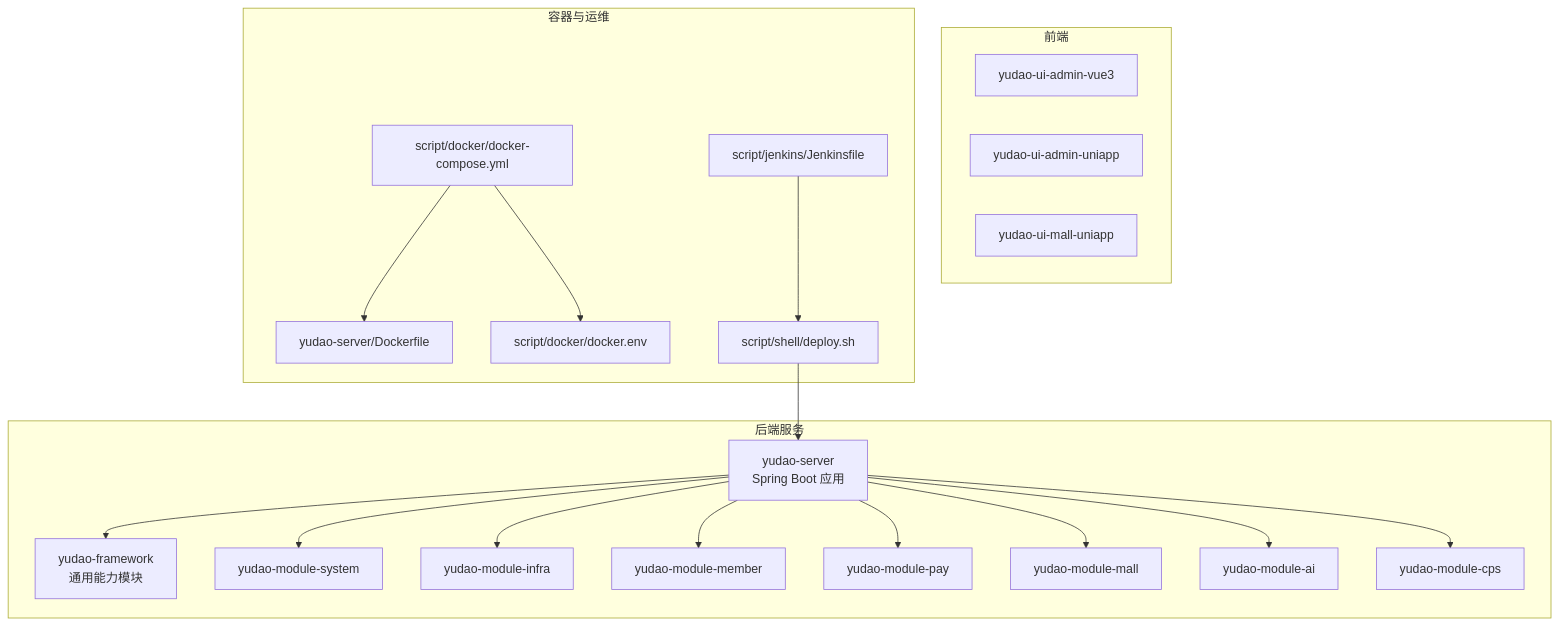
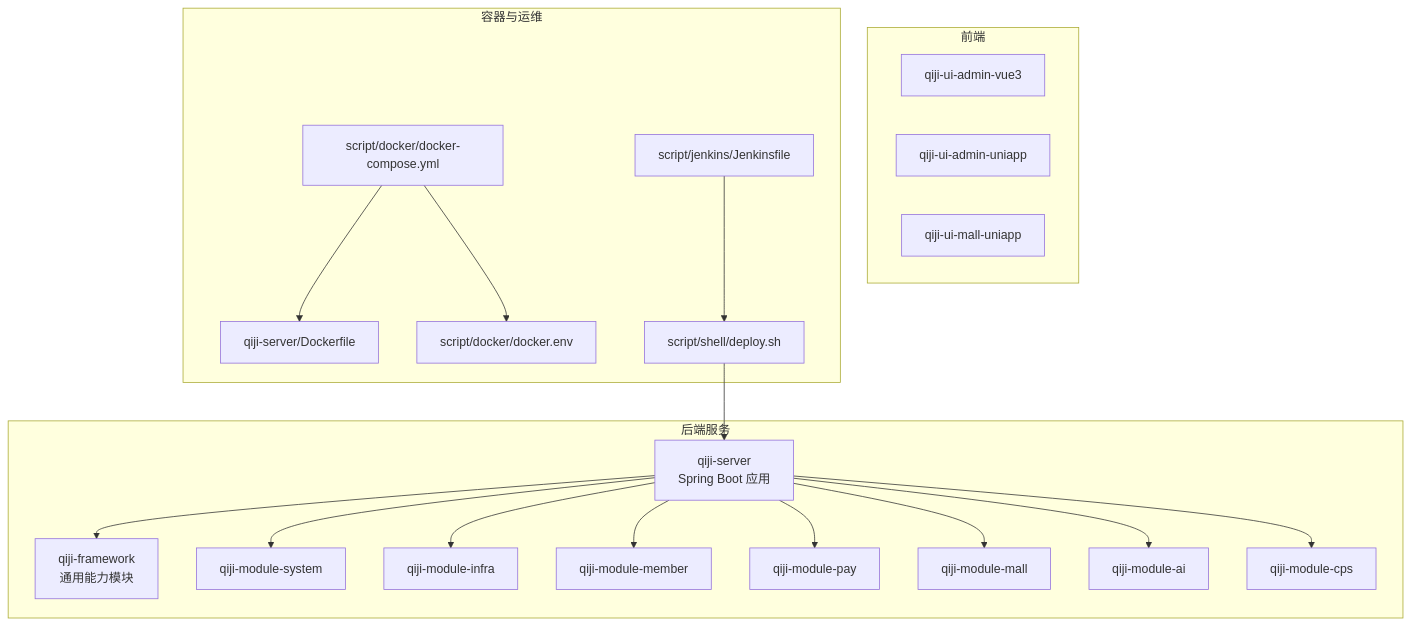
Before and after one commit to zhuangpengLI/AgenticCPS: the first of 6 diagrams in backend/.qoder/repowiki/zh/content/部署与运维/部署与运维.md, drawn with Mermaid. The commit also changed other lines of this file and 3489 other files, not shown here.

````diff
--- a/backend/.qoder/repowiki/zh/content/部署与运维/部署与运维.md
+++ b/backend/.qoder/repowiki/zh/content/部署与运维/部署与运维.md
@@ -43,38 +43,38 @@
 ```mermaid
 graph TB
 subgraph "后端服务"
-S["yudao-server<br/>Spring Boot 应用"]
-F["yudao-framework<br/>通用能力模块"]
-M1["yudao-module-system"]
-M2["yudao-module-infra"]
-M3["yudao-module-member"]
-M4["yudao-module-pay"]
-M5["yudao-module-mall"]
-M6["yudao-module-ai"]
-M7["yudao-module-cps"]
+S["qiji-server<br/>Spring Boot 应用"]
+F["qiji-framework<br/>通用能力模块"]
+M1["qiji-module-system"]
+M2["qiji-module-infra"]
+M3["qiji-module-member"]
+M4["qiji-module-pay"]
+M5["qiji-module-mall"]
+M6["qiji-module-ai"]
+M7["qiji-module-cps"]
 end
 subgraph "前端"
-UI1["yudao-ui-admin-vue3"]
-UI2["yudao-ui-admin-uniapp"]
-UI3["yudao-ui-mall-uniapp"]
+UI1["qiji-ui-admin-vue3"]
+UI2["qiji-ui-admin-uniapp"]
+UI3["qiji-ui-mall-uniapp"]
 end
 subgraph "容器与运维"
 DC["script/docker/docker-compose.yml"]
-DF["yudao-server/Dockerfile"]
+DF["qiji-server/Dockerfile"]
 JE["script/jenkins/Jenkinsfile"]
 DEP["script/shell/deploy.sh"]
 ENV["script/docker/docker.env"]
 end
 S --> F
 S --> M1
 S --> M2
 S --> M3
 S --> M4
 S --> M5
 S --> M6
 S --> M7
 DC --> DF
 DC --> ENV
 JE --> DEP
 DEP --> S
 ```
````
